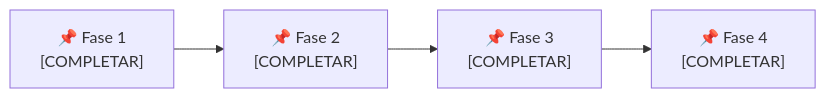
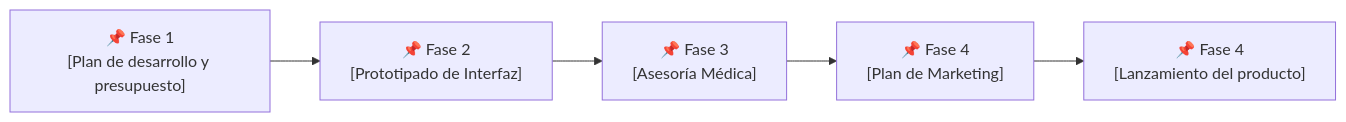
Before and after one commit to TomasGonzalez1204/plan-proyecto-gp-uner: the fourth of 4 diagrams in docs/01-plan-inicial/ciclo-de-vida.md, drawn with Mermaid. The commit also changed other lines of this file, not shown here.

````diff
--- a/docs/01-plan-inicial/ciclo-de-vida.md
+++ b/docs/01-plan-inicial/ciclo-de-vida.md
@@ -81,9 +97,10 @@
 ```mermaid
 flowchart LR
-    F1["📌 Fase 1\n[COMPLETAR]"]
-    F2["📌 Fase 2\n[COMPLETAR]"]
-    F3["📌 Fase 3\n[COMPLETAR]"]
-    F4["📌 Fase 4\n[COMPLETAR]"]
+    F1["📌 Fase 1\n[Plan de desarrollo y presupuesto]"]
+    F2["📌 Fase 2\n[Prototipado de Interfaz]"]
+    F3["📌 Fase 3\n[Asesoría Médica]"]
+    F4["📌 Fase 4\n[Plan de Marketing]"]
+    F5["📌 Fase 4\n[Lanzamiento del producto]"]
 
-    F1 --> F2 --> F3 --> F4
+    F1 --> F2 --> F3 --> F4 --> F5
 ```
````
